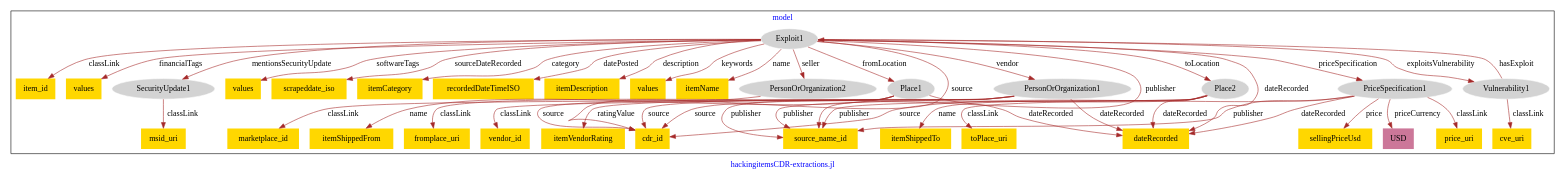
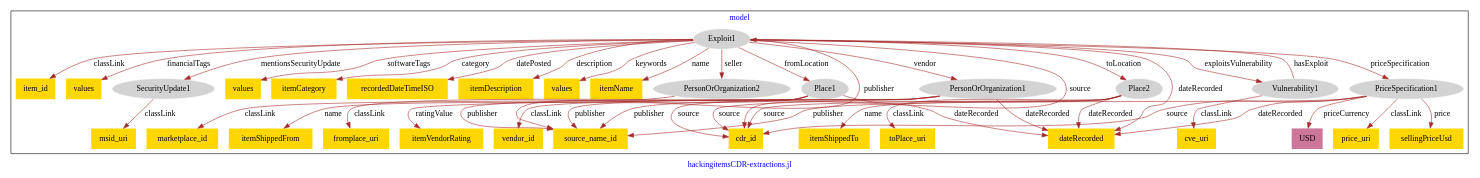
The diagram in models/asu-hacking-items/hacking_items-model.dot (usc-isi-i2/effect-alignment), drawn with Graphviz before and after one commit.

Commit message:
Update file hacking_items-model.dot

```diff
--- a/models/asu-hacking-items/hacking_items-model.dot
+++ b/models/asu-hacking-items/hacking_items-model.dot
@@ -1,84 +1,82 @@
 digraph n0 {
 fontcolor="blue"
 remincross="true"
 label="hackingitemsCDR-extractions.jl"
 subgraph cluster {
 label="model"
 n2[style="filled",color="white",fillcolor="lightgray",label="Exploit1"];
 n3[shape="plaintext",style="filled",fillcolor="gold",label="item_id"];
 n4[shape="plaintext",style="filled",fillcolor="gold",label="values"];
 n5[style="filled",color="white",fillcolor="lightgray",label="SecurityUpdate1"];
 n6[shape="plaintext",style="filled",fillcolor="gold",label="values"];
-n7[shape="plaintext",style="filled",fillcolor="gold",label="scrapeddate_iso"];
-n8[shape="plaintext",style="filled",fillcolor="gold",label="itemCategory"];
-n9[shape="plaintext",style="filled",fillcolor="gold",label="recordedDateTimeISO"];
-n10[shape="plaintext",style="filled",fillcolor="gold",label="itemDescription"];
-n11[shape="plaintext",style="filled",fillcolor="gold",label="values"];
-n12[shape="plaintext",style="filled",fillcolor="gold",label="itemName"];
-n13[style="filled",color="white",fillcolor="lightgray",label="PersonOrOrganization1"];
-n14[shape="plaintext",style="filled",fillcolor="gold",label="vendor_id"];
+n7[shape="plaintext",style="filled",fillcolor="gold",label="itemCategory"];
+n8[shape="plaintext",style="filled",fillcolor="gold",label="recordedDateTimeISO"];
+n9[shape="plaintext",style="filled",fillcolor="gold",label="itemDescription"];
+n10[shape="plaintext",style="filled",fillcolor="gold",label="values"];
+n11[shape="plaintext",style="filled",fillcolor="gold",label="itemName"];
+n12[style="filled",color="white",fillcolor="lightgray",label="PersonOrOrganization1"];
+n13[shape="plaintext",style="filled",fillcolor="gold",label="vendor_id"];
+n14[shape="plaintext",style="filled",fillcolor="gold",label="source_name_id"];
 n15[shape="plaintext",style="filled",fillcolor="gold",label="itemVendorRating"];
-n16[shape="plaintext",style="filled",fillcolor="gold",label="cdr_id"];
-n17[style="filled",color="white",fillcolor="lightgray",label="PersonOrOrganization2"];
-n18[shape="plaintext",style="filled",fillcolor="gold",label="marketplace_id"];
-n19[shape="plaintext",style="filled",fillcolor="gold",label="msid_uri"];
-n20[style="filled",color="white",fillcolor="lightgray",label="Vulnerability1"];
-n21[shape="plaintext",style="filled",fillcolor="gold",label="cve_uri"];
-n22[style="filled",color="white",fillcolor="lightgray",label="Place1"];
-n23[shape="plaintext",style="filled",fillcolor="gold",label="fromplace_uri"];
-n24[shape="plaintext",style="filled",fillcolor="gold",label="itemShippedFrom"];
-n25[style="filled",color="white",fillcolor="lightgray",label="Place2"];
-n26[shape="plaintext",style="filled",fillcolor="gold",label="toPlace_uri"];
-n27[shape="plaintext",style="filled",fillcolor="gold",label="itemShippedTo"];
-n28[style="filled",color="white",fillcolor="lightgray",label="PriceSpecification1"];
-n29[shape="plaintext",style="filled",fillcolor="gold",label="price_uri"];
-n30[shape="plaintext",style="filled",fillcolor="gold",label="sellingPriceUsd"];
-n31[shape="plaintext",style="filled",fillcolor="#CC7799",label="USD"];
-n32[shape="plaintext",style="filled",fillcolor="gold",label="source_name_id"];
-n33[shape="plaintext",style="filled",fillcolor="gold",label="dateRecorded"];
+n16[style="filled",color="white",fillcolor="lightgray",label="PersonOrOrganization2"];
+n17[shape="plaintext",style="filled",fillcolor="gold",label="marketplace_id"];
+n18[shape="plaintext",style="filled",fillcolor="gold",label="msid_uri"];
+n19[style="filled",color="white",fillcolor="lightgray",label="Vulnerability1"];
+n20[shape="plaintext",style="filled",fillcolor="gold",label="cve_uri"];
+n21[style="filled",color="white",fillcolor="lightgray",label="Place1"];
+n22[shape="plaintext",style="filled",fillcolor="gold",label="fromplace_uri"];
+n23[shape="plaintext",style="filled",fillcolor="gold",label="itemShippedFrom"];
+n24[style="filled",color="white",fillcolor="lightgray",label="Place2"];
+n25[shape="plaintext",style="filled",fillcolor="gold",label="toPlace_uri"];
+n26[shape="plaintext",style="filled",fillcolor="gold",label="itemShippedTo"];
+n27[style="filled",color="white",fillcolor="lightgray",label="PriceSpecification1"];
+n28[shape="plaintext",style="filled",fillcolor="gold",label="price_uri"];
+n29[shape="plaintext",style="filled",fillcolor="gold",label="sellingPriceUsd"];
+n30[shape="plaintext",style="filled",fillcolor="#CC7799",label="USD"];
+n31[shape="plaintext",style="filled",fillcolor="gold",label="cdr_id"];
+n32[shape="plaintext",style="filled",fillcolor="gold",label="dateRecorded"];
 }
 n2 -> n3[color="brown",fontcolor="black",label="classLink"]
 n2 -> n4[color="brown",fontcolor="black",label="financialTags"]
 n2 -> n5[color="brown",fontcolor="black",label="mentionsSecurityUpdate"]
 n2 -> n6[color="brown",fontcolor="black",label="softwareTags"]
-n2 -> n7[color="brown",fontcolor="black",label="sourceDateRecorded"]
-n2 -> n8[color="brown",fontcolor="black",label="category"]
-n2 -> n9[color="brown",fontcolor="black",label="datePosted"]
-n2 -> n10[color="brown",fontcolor="black",label="description"]
-n2 -> n11[color="brown",fontcolor="black",label="keywords"]
-n2 -> n12[color="brown",fontcolor="black",label="name"]
-n13 -> n14[color="brown",fontcolor="black",label="classLink"]
-n13 -> n15[color="brown",fontcolor="black",label="ratingValue"]
-n13 -> n16[color="brown",fontcolor="black",label="source"]
-n17 -> n18[color="brown",fontcolor="black",label="classLink"]
-n5 -> n19[color="brown",fontcolor="black",label="classLink"]
-n20 -> n21[color="brown",fontcolor="black",label="classLink"]
-n22 -> n23[color="brown",fontcolor="black",label="classLink"]
-n22 -> n24[color="brown",fontcolor="black",label="name"]
-n22 -> n16[color="brown",fontcolor="black",label="source"]
-n25 -> n26[color="brown",fontcolor="black",label="classLink"]
-n25 -> n27[color="brown",fontcolor="black",label="name"]
-n25 -> n16[color="brown",fontcolor="black",label="source"]
-n28 -> n29[color="brown",fontcolor="black",label="classLink"]
-n28 -> n30[color="brown",fontcolor="black",label="price"]
-n28 -> n31[color="brown",fontcolor="black",label="priceCurrency"]
-n28 -> n16[color="brown",fontcolor="black",label="source"]
-n2 -> n28[color="brown",fontcolor="black",label="priceSpecification"]
-n2 -> n25[color="brown",fontcolor="black",label="toLocation"]
-n13 -> n32[color="brown",fontcolor="black",label="publisher"]
-n13 -> n33[color="brown",fontcolor="black",label="dateRecorded"]
-n2 -> n22[color="brown",fontcolor="black",label="fromLocation"]
-n22 -> n32[color="brown",fontcolor="black",label="publisher"]
-n20 -> n2[color="brown",fontcolor="black",label="hasExploit"]
-n2 -> n20[color="brown",fontcolor="black",label="exploitsVulnerability"]
-n2 -> n32[color="brown",fontcolor="black",label="publisher"]
-n2 -> n17[color="brown",fontcolor="black",label="seller"]
-n2 -> n16[color="brown",fontcolor="black",label="source"]
-n22 -> n33[color="brown",fontcolor="black",label="dateRecorded"]
-n2 -> n13[color="brown",fontcolor="black",label="vendor"]
-n28 -> n32[color="brown",fontcolor="black",label="publisher"]
-n2 -> n33[color="brown",fontcolor="black",label="dateRecorded"]
-n25 -> n32[color="brown",fontcolor="black",label="publisher"]
-n25 -> n33[color="brown",fontcolor="black",label="dateRecorded"]
-n28 -> n33[color="brown",fontcolor="black",label="dateRecorded"]
+n2 -> n7[color="brown",fontcolor="black",label="category"]
+n2 -> n8[color="brown",fontcolor="black",label="datePosted"]
+n2 -> n9[color="brown",fontcolor="black",label="description"]
+n2 -> n10[color="brown",fontcolor="black",label="keywords"]
+n2 -> n11[color="brown",fontcolor="black",label="name"]
+n12 -> n13[color="brown",fontcolor="black",label="classLink"]
+n12 -> n14[color="brown",fontcolor="black",label="publisher"]
+n12 -> n15[color="brown",fontcolor="black",label="ratingValue"]
+n16 -> n17[color="brown",fontcolor="black",label="classLink"]
+n5 -> n18[color="brown",fontcolor="black",label="classLink"]
+n19 -> n20[color="brown",fontcolor="black",label="classLink"]
+n21 -> n22[color="brown",fontcolor="black",label="classLink"]
+n21 -> n23[color="brown",fontcolor="black",label="name"]
+n21 -> n14[color="brown",fontcolor="black",label="publisher"]
+n24 -> n25[color="brown",fontcolor="black",label="classLink"]
+n24 -> n26[color="brown",fontcolor="black",label="name"]
+n24 -> n14[color="brown",fontcolor="black",label="publisher"]
+n27 -> n28[color="brown",fontcolor="black",label="classLink"]
+n27 -> n29[color="brown",fontcolor="black",label="price"]
+n27 -> n30[color="brown",fontcolor="black",label="priceCurrency"]
+n27 -> n14[color="brown",fontcolor="black",label="publisher"]
+n2 -> n27[color="brown",fontcolor="black",label="priceSpecification"]
+n2 -> n24[color="brown",fontcolor="black",label="toLocation"]
+n12 -> n31[color="brown",fontcolor="black",label="source"]
+n12 -> n32[color="brown",fontcolor="black",label="dateRecorded"]
+n2 -> n31[color="brown",fontcolor="black",label="source"]
+n21 -> n31[color="brown",fontcolor="black",label="source"]
+n2 -> n21[color="brown",fontcolor="black",label="fromLocation"]
+n24 -> n31[color="brown",fontcolor="black",label="source"]
+n19 -> n2[color="brown",fontcolor="black",label="hasExploit"]
+n2 -> n19[color="brown",fontcolor="black",label="exploitsVulnerability"]
+n2 -> n16[color="brown",fontcolor="black",label="seller"]
+n21 -> n32[color="brown",fontcolor="black",label="dateRecorded"]
+n27 -> n32[color="brown",fontcolor="black",label="dateRecorded"]
+n27 -> n31[color="brown",fontcolor="black",label="source"]
+n2 -> n12[color="brown",fontcolor="black",label="vendor"]
+n2 -> n14[color="brown",fontcolor="black",label="publisher"]
+n24 -> n32[color="brown",fontcolor="black",label="dateRecorded"]
+n2 -> n32[color="brown",fontcolor="black",label="dateRecorded"]
 }
```
